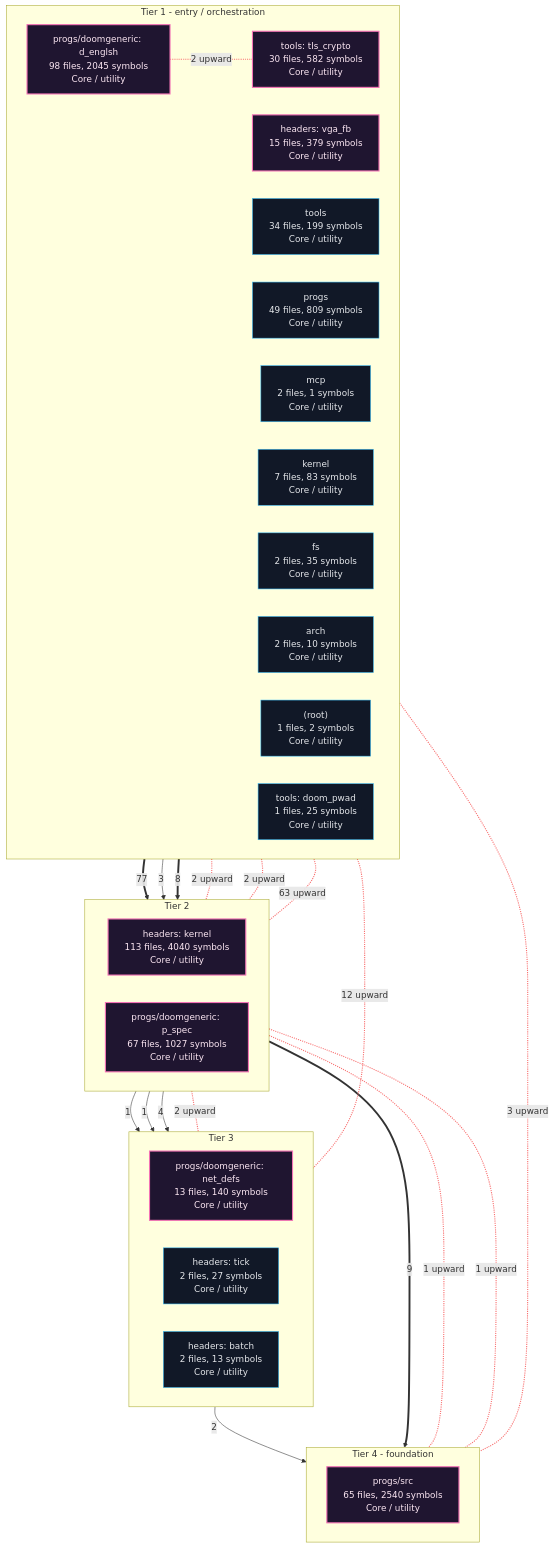
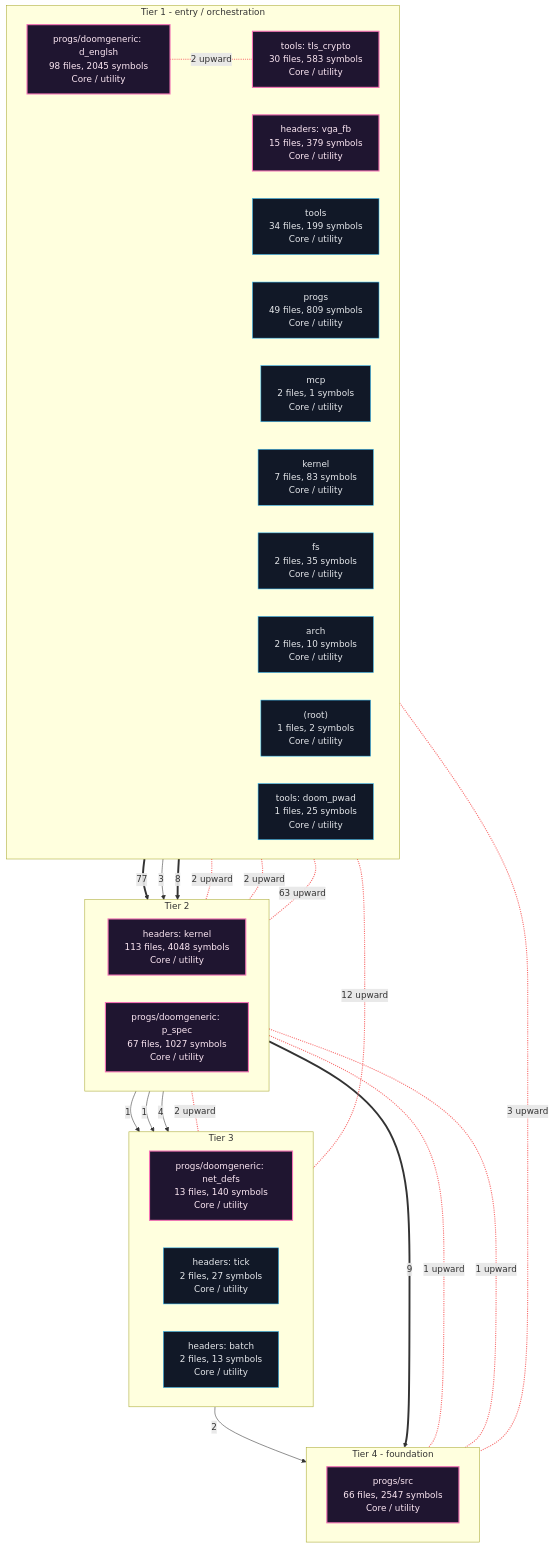
Before and after one commit to grisuno/miniOS: the first of 5 diagrams in readmenator-apidocs/architecture.md, drawn with Mermaid. The commit also changed 138 other files, not shown here.

````diff
--- a/readmenator-apidocs/architecture.md
+++ b/readmenator-apidocs/architecture.md
@@ -11,55 +11,55 @@
 ```mermaid
 flowchart TB
     classDef cycle fill:#1f1530,stroke:#f472b6,color:#fce7f3,stroke-width:2px;
     classDef default fill:#111827,stroke:#38bdf8,color:#e5e7eb;
     subgraph lane_0["Tier 1 - entry / orchestration"]
         direction LR
         n_c1["progs/doomgeneric: d_englsh<br/>98 files, 2045 symbols<br/>Core / utility"]:::cycle
-        n_c4["tools: tls_crypto<br/>30 files, 582 symbols<br/>Core / utility"]:::cycle
+        n_c4["tools: tls_crypto<br/>30 files, 583 symbols<br/>Core / utility"]:::cycle
         n_c5["headers: vga_fb<br/>15 files, 379 symbols<br/>Core / utility"]:::cycle
         n_d_tools["tools<br/>34 files, 199 symbols<br/>Core / utility"]:::default
         n_d_progs["progs<br/>49 files, 809 symbols<br/>Core / utility"]:::default
         n_d_mcp["mcp<br/>2 files, 1 symbols<br/>Core / utility"]:::default
         n_d_kernel["kernel<br/>7 files, 83 symbols<br/>Core / utility"]:::default
         n_d_fs["fs<br/>2 files, 35 symbols<br/>Core / utility"]:::default
         n_d_arch["arch<br/>2 files, 10 symbols<br/>Core / utility"]:::default
         n_d__root_["(root)<br/>1 files, 2 symbols<br/>Core / utility"]:::default
         n_c9["tools: doom_pwad<br/>1 files, 25 symbols<br/>Core / utility"]:::default
     end
     subgraph lane_1["Tier 2"]
         direction LR
-        n_c0["headers: kernel<br/>113 files, 4040 symbols<br/>Core / utility"]:::cycle
+        n_c0["headers: kernel<br/>113 files, 4048 symbols<br/>Core / utility"]:::cycle
         n_c3["progs/doomgeneric: p_spec<br/>67 files, 1027 symbols<br/>Core / utility"]:::cycle
     end
     subgraph lane_2["Tier 3"]
         direction LR
         n_c6["progs/doomgeneric: net_defs<br/>13 files, 140 symbols<br/>Core / utility"]:::cycle
         n_c8["headers: tick<br/>2 files, 27 symbols<br/>Core / utility"]:::default
         n_c7["headers: batch<br/>2 files, 13 symbols<br/>Core / utility"]:::default
     end
     subgraph lane_3["Tier 4 - foundation"]
         direction LR
-        n_c2["progs/src<br/>65 files, 2540 symbols<br/>Core / utility"]:::cycle
+        n_c2["progs/src<br/>66 files, 2547 symbols<br/>Core / utility"]:::cycle
     end
     n_c0 ==>|"9"| n_c2
     n_c0 -->|"1"| n_c7
     n_c0 -->|"1"| n_c8
     n_c1 ==>|"77"| n_c3
     n_c3 -->|"4"| n_c6
     n_c4 -->|"3"| n_c0
     n_c5 ==>|"8"| n_c0
     n_c6 -->|"2"| n_c2
     n_c4 <-.-|"2 upward"| n_c0
     n_c5 <-.-|"2 upward"| n_c0
     n_c0 <-.-|"1 upward"| n_c2
     n_c1 <-.-|"3 upward"| n_c2
     n_c3 <-.-|"1 upward"| n_c2
     n_c1 <-.-|"63 upward"| n_c3
     n_c1 <-.-|"2 upward"| n_c4
     n_c1 <-.-|"12 upward"| n_c6
     n_c3 <-.-|"2 upward"| n_c6
     linkStyle 8,9,10,11,12,13,14,15,16 stroke:#f87171,stroke-width:2px;
     n_c1 ~~~ n_c0
     n_c0 ~~~ n_c6
     n_c6 ~~~ n_c2
 ```
````
